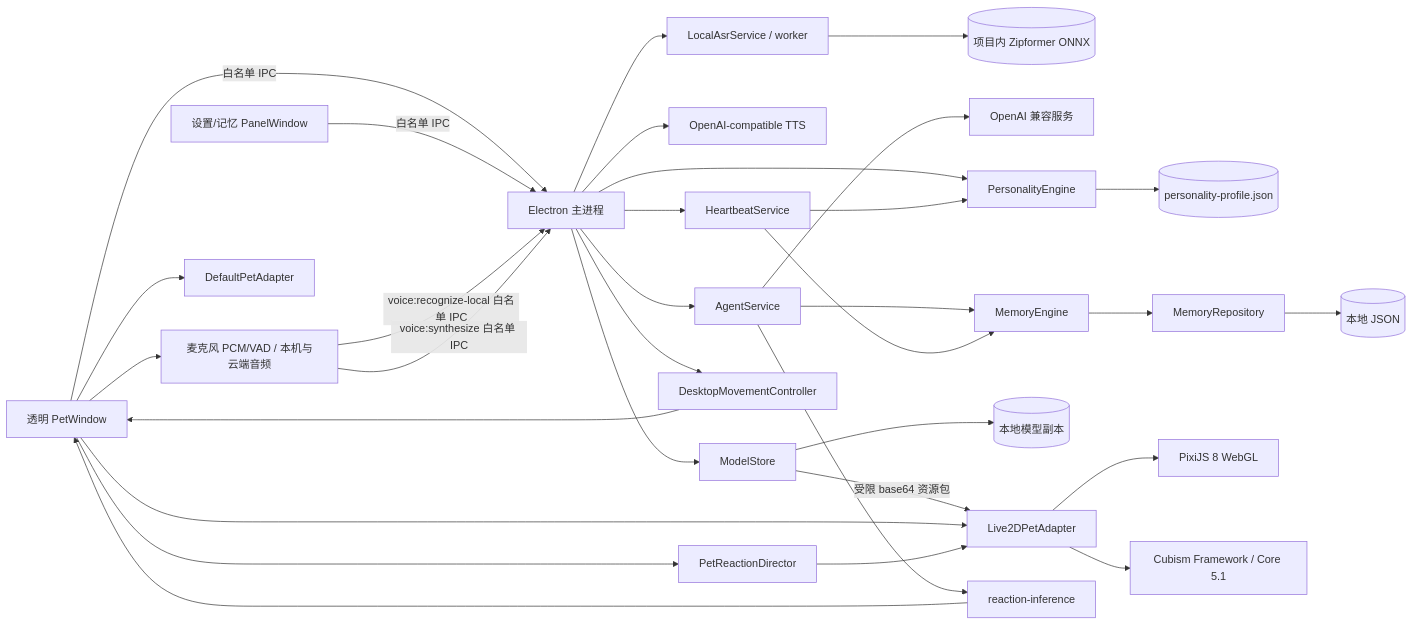
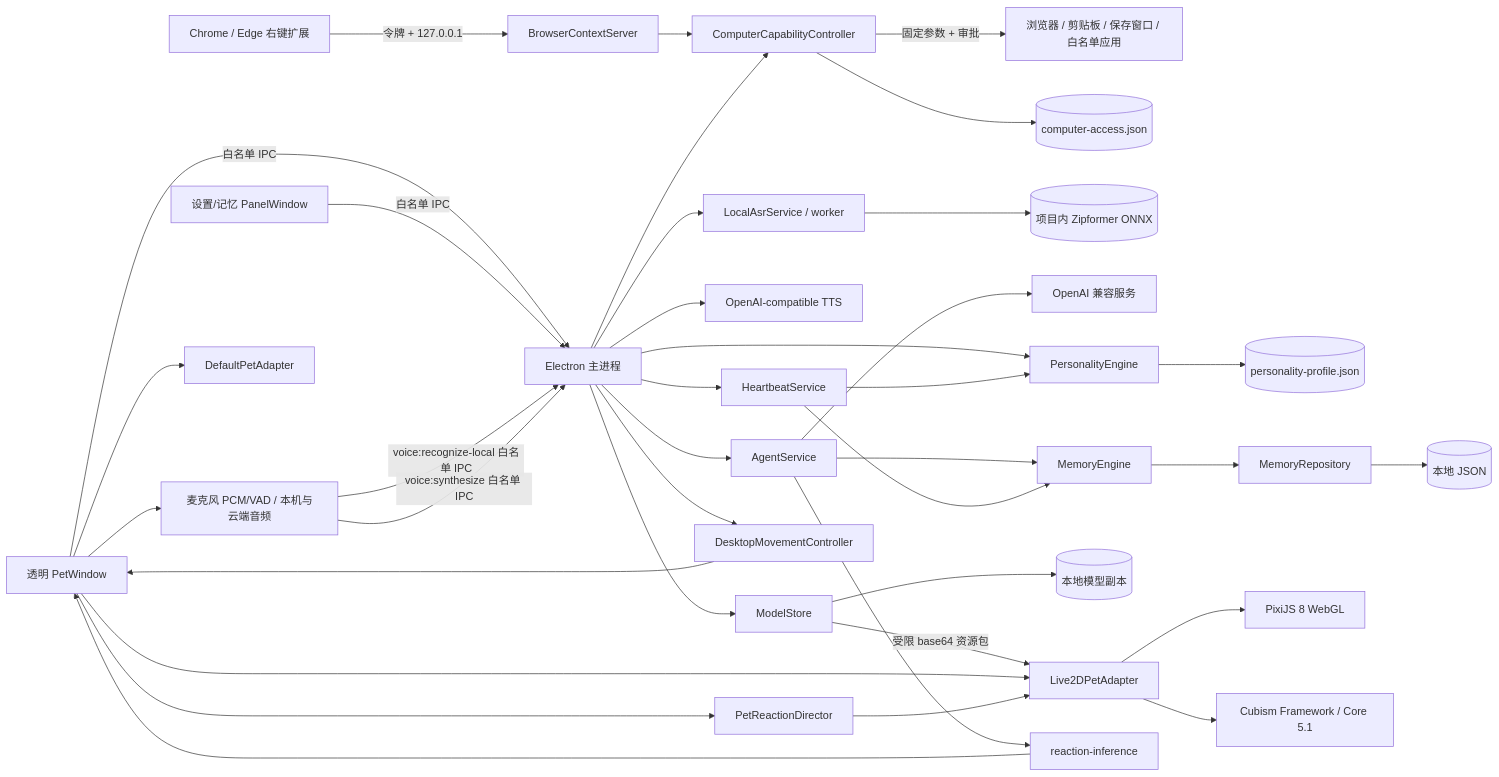
One commit to MonsterN58/memory-pet-agent changed the first of 5 diagrams in docs/ARCHITECTURE.md. Above: the diagram before and after it, drawn with Mermaid. The commit also changed other lines of this file and 27 other files, not shown here.

````diff
--- a/docs/ARCHITECTURE.md
+++ b/docs/ARCHITECTURE.md
@@ -5,34 +5,39 @@
 ```mermaid
 flowchart LR
   UI[透明 PetWindow] -->|白名单 IPC| Main[Electron 主进程]
   Panel[设置/记忆 PanelWindow] -->|白名单 IPC| Main
+  Extension[Chrome / Edge 右键扩展] -->|令牌 + 127.0.0.1| BrowserBridge[BrowserContextServer]
+  BrowserBridge --> Capability[ComputerCapabilityController]
+  Main --> Capability
+  Capability -->|固定参数 + 审批| DesktopTools[浏览器 / 剪贴板 / 保存窗口 / 白名单应用]
+  Capability --> Audit[(computer-access.json)]
   Main --> Agent[AgentService]
   Main --> TTS[OpenAI-compatible TTS]
   Main --> ASR[LocalAsrService / worker]
   ASR --> ASRModel[(项目内 Zipformer ONNX)]
   Main --> Heartbeat[HeartbeatService]
   Agent --> Provider[OpenAI 兼容服务]
   Agent --> Memory[MemoryEngine]
   Heartbeat --> Memory
   Main --> Personality[PersonalityEngine]
   Heartbeat --> Personality
   Personality --> PersonalityStore[(personality-profile.json)]
   Memory --> Repo[MemoryRepository]
   Repo --> Disk[(本地 JSON)]
   Main --> ModelStore[ModelStore]
   ModelStore --> ModelDisk[(本地模型副本)]
   ModelStore -->|受限 base64 资源包| Live2DModel[Live2DPetAdapter]
   Live2DModel --> Pixi[PixiJS 8 WebGL]
   Live2DModel --> Cubism[Cubism Framework / Core 5.1]
   UI --> Voice[麦克风 PCM/VAD / 本机与云端音频]
   Voice -->|voice:recognize-local 白名单 IPC| Main
   Voice -->|voice:synthesize 白名单 IPC| Main
   UI --> Live2DModel
   UI --> Fallback[DefaultPetAdapter]
   Main --> Move[DesktopMovementController]
   Move --> UI
   Agent --> Reaction[reaction-inference]
   Reaction --> UI
   UI --> Director[PetReactionDirector]
   Director --> Live2DModel
 ```
````
